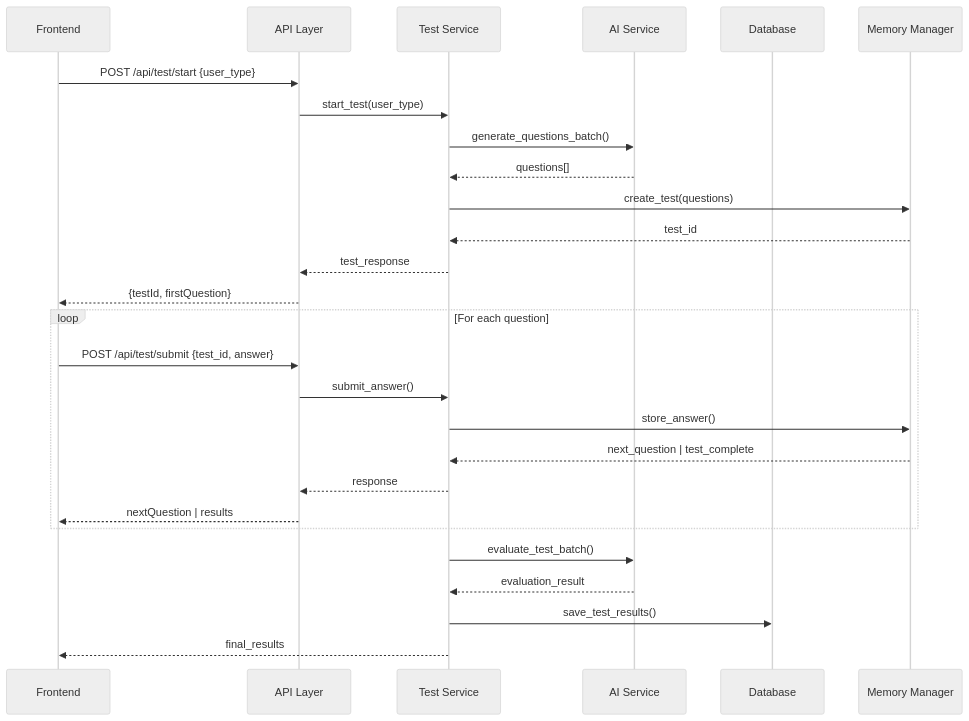
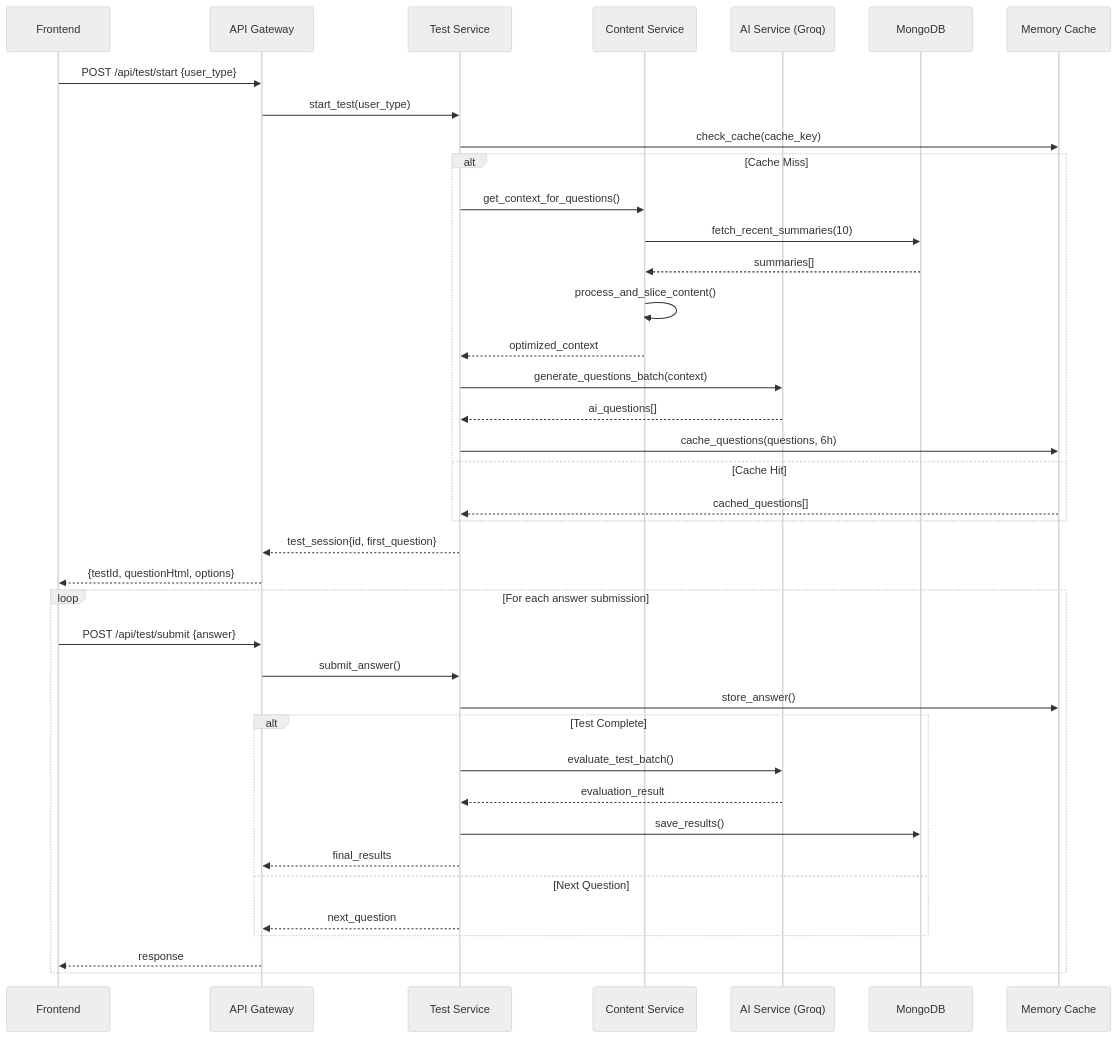
Before and after one commit to Sa1f27/interview-bot: the diagram in weekend_mocktest/README.md, drawn with Mermaid (neutral theme). The commit also changed other lines of this file and 7 other files, not shown here.

````diff
--- a/weekend_mocktest/README.md
+++ b/weekend_mocktest/README.md
@@ -72,32 +69,43 @@
 ```mermaid
 sequenceDiagram
     participant FE as Frontend
-    participant API as API Layer
+    participant API as API Gateway
     participant TS as Test Service
-    participant AI as AI Service
-    participant DB as Database
-    participant MM as Memory Manager
+    participant CS as Content Service
+    participant AI as AI Service (Groq)
+    participant MDB as MongoDB
+    participant MEM as Memory Cache
 
     FE->>API: POST /api/test/start {user_type}
     API->>TS: start_test(user_type)
-    TS->>AI: generate_questions_batch()
-    AI-->>TS: questions[]
-    TS->>MM: create_test(questions)
-    MM-->>TS: test_id
-    TS-->>API: test_response
-    API-->>FE: {testId, firstQuestion}
+    TS->>MEM: check_cache(cache_key)
+    alt Cache Miss
+        TS->>CS: get_context_for_questions()
+        CS->>MDB: fetch_recent_summaries(10)
+        MDB-->>CS: summaries[]
+        CS->>CS: process_and_slice_content()
+        CS-->>TS: optimized_context
+        TS->>AI: generate_questions_batch(context)
+        AI-->>TS: ai_questions[]
+        TS->>MEM: cache_questions(questions, 6h)
+    else Cache Hit
+        MEM-->>TS: cached_questions[]
+    end
+    TS-->>API: test_session{id, first_question}
+    API-->>FE: {testId, questionHtml, options}
     
-    loop For each question
-        FE->>API: POST /api/test/submit {test_id, answer}
+    loop For each answer submission
+        FE->>API: POST /api/test/submit {answer}
         API->>TS: submit_answer()
-        TS->>MM: store_answer()
-        MM-->>TS: next_question | test_complete
-        TS-->>API: response
-        API-->>FE: nextQuestion | results
+        TS->>MEM: store_answer()
+        alt Test Complete
+            TS->>AI: evaluate_test_batch()
+            AI-->>TS: evaluation_result
+            TS->>MDB: save_results()
+            TS-->>API: final_results
+        else Next Question
+            TS-->>API: next_question
+        end
+        API-->>FE: response
     end
-    
-    TS->>AI: evaluate_test_batch()
-    AI-->>TS: evaluation_result
-    TS->>DB: save_test_results()
-    TS-->>FE: final_results
 ```
````
